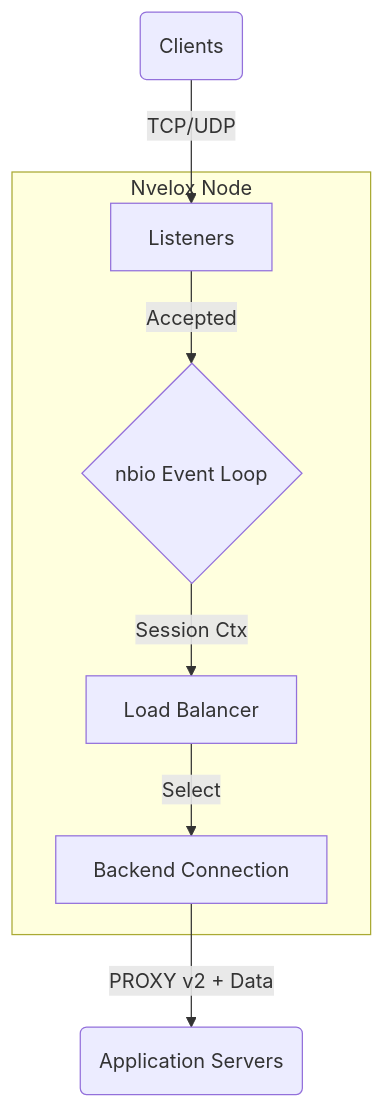
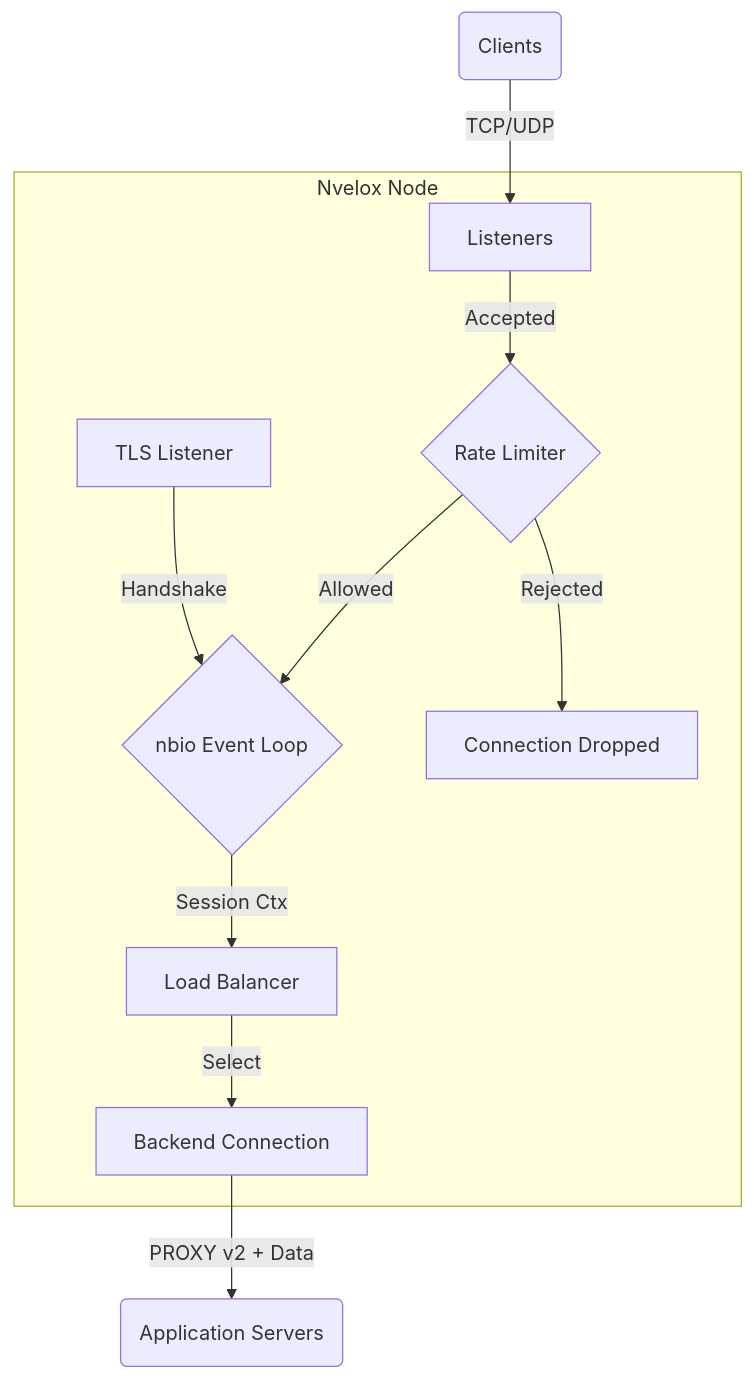
The diagram in README.md (nvelox/nvelox), drawn with Mermaid before and after one commit. The commit also changed other lines of this file and 1 other file, not shown here.

````diff
--- a/README.md
+++ b/README.md
@@ -33,10 +38,13 @@
 ```mermaid
 graph TD
     Client(Clients) -->|TCP/UDP| Listeners
     subgraph Nvelox Node
-        Listeners -->|Accepted| EventLoop{nbio Event Loop}
+        Listeners -->|Accepted| RateLimit{Rate Limiter}
+        RateLimit -->|Allowed| EventLoop{nbio Event Loop}
+        RateLimit -->|Rejected| Drop[Connection Dropped]
         EventLoop -->|Session Ctx| LB[Load Balancer]
         LB -->|Select| BackendConn[Backend Connection]
+        TLS[TLS Listener] -->|Handshake| EventLoop
     end
     BackendConn -->|PROXY v2 + Data| AppServers(Application Servers)
 ```
````
